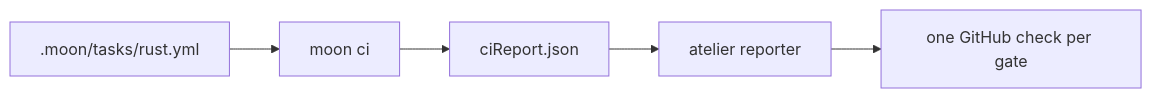
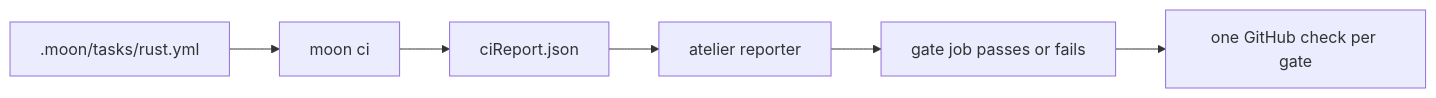
One commit to wrkhse/atelier changed the diagram in docs/plans/slices/slice-1.md. Above: the diagram before and after it, drawn with Mermaid. The commit also changed other lines of this file and 26 other files, not shown here.

First line of the commit message:
fix: make each gate its own read-only check

````diff
--- a/docs/plans/slices/slice-1.md
+++ b/docs/plans/slices/slice-1.md
@@ -20,7 +20,8 @@
 ```mermaid
 flowchart LR
     Preset[".moon/tasks/rust.yml"] --> Moon["moon ci"]
     Moon --> Report["ciReport.json"]
     Report --> Reporter["atelier reporter"]
-    Reporter --> Checks["one GitHub check per gate"]
+    Reporter --> Job["gate job passes or fails"]
+    Job --> Checks["one GitHub check per gate"]
 ```
````
